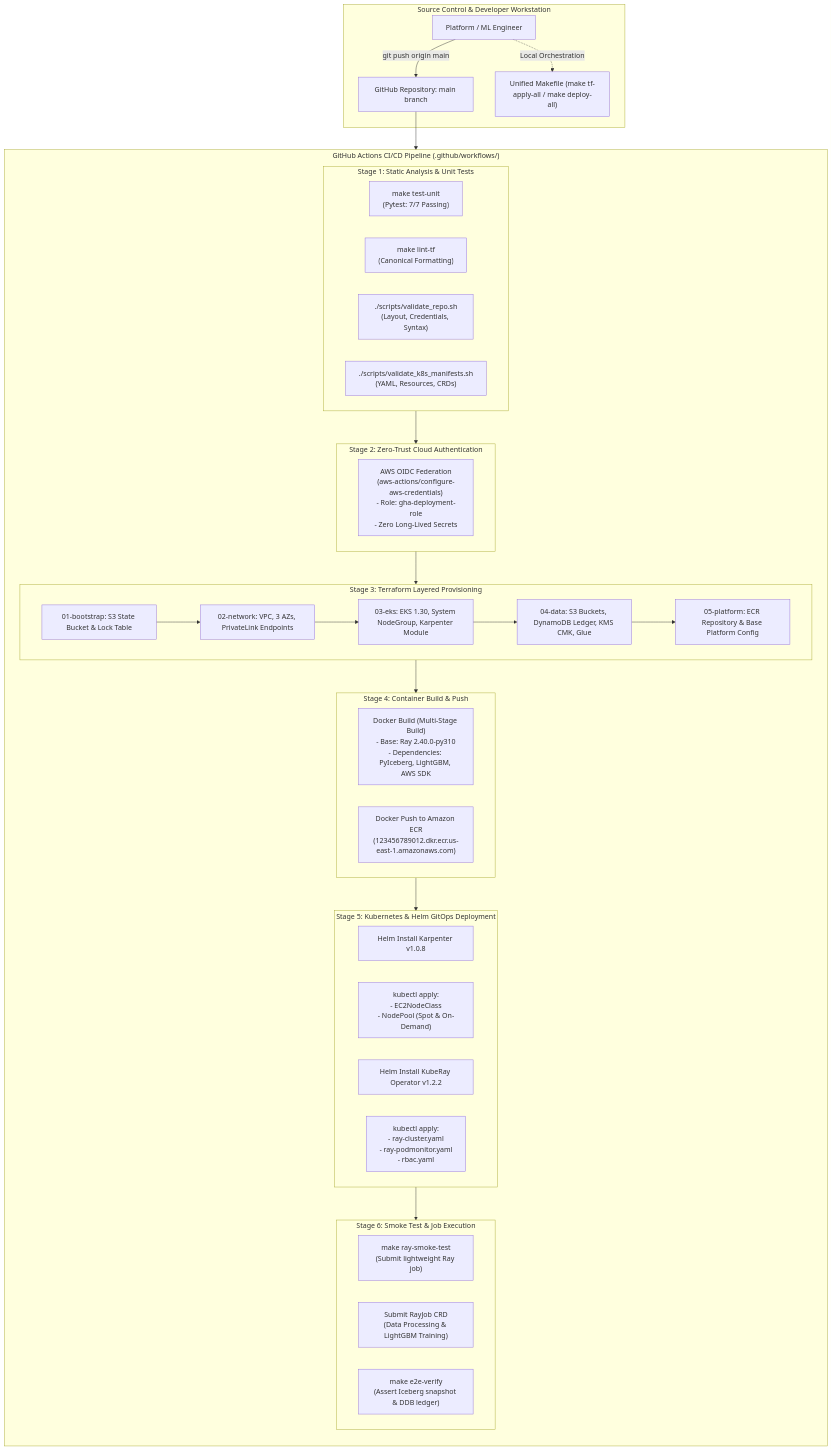
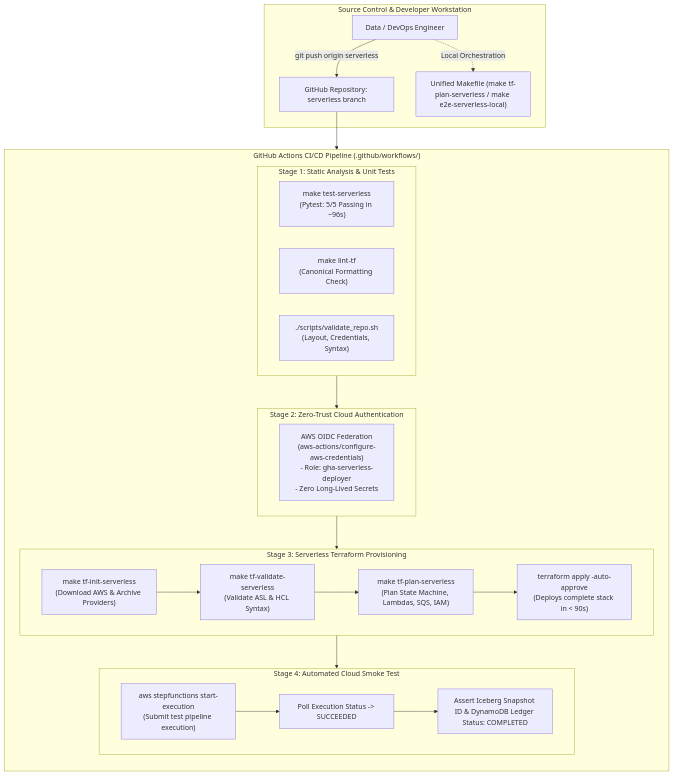
Before and after one commit to jashkv/ray-platform: the diagram in ray-ai-platform/docs/mermaid/10-cicd-deployment.mmd, drawn with Mermaid. The commit also changed 34 other files, not shown here.

Commit message:
docs(serverless): completely align all documentation, diagrams, runbooks, and test configs with the AWS Serverless Platform architecture

```diff
--- a/ray-ai-platform/docs/mermaid/10-cicd-deployment.mmd
+++ b/ray-ai-platform/docs/mermaid/10-cicd-deployment.mmd
@@ -1,59 +1,43 @@
 flowchart TD
-    %% CI/CD, GitOps & Infrastructure Lifecycle
-    subgraph Source_Control["Source Control & Developer Workstation"]
-        DEV["Platform / ML Engineer"]
-        GIT_REPO["GitHub Repository: main branch"]
-        MAKEFILE["Unified Makefile (make tf-apply-all / make deploy-all)"]
+    %% Serverless CI/CD Pipeline & GitOps Deployment Lifecycle
+    subgraph SourceControl["Source Control & Developer Workstation"]
+        DEV["Data / DevOps Engineer"]
+        GIT_REPO["GitHub Repository: serverless branch"]
+        MAKEFILE["Unified Makefile (make tf-plan-serverless / make e2e-serverless-local)"]
     end
 
     subgraph GHA_Workflow["GitHub Actions CI/CD Pipeline (.github/workflows/)"]
         direction TB
 
         subgraph Stage_Lint["Stage 1: Static Analysis & Unit Tests"]
-            TEST_UNIT["make test-unit\n(Pytest: 7/7 Passing)"]
-            TF_LINT["make lint-tf\n(Canonical Formatting)"]
+            TEST_UNIT["make test-serverless\n(Pytest: 5/5 Passing in ~96s)"]
+            TF_LINT["make lint-tf\n(Canonical Formatting Check)"]
             REPO_VAL["./scripts/validate_repo.sh\n(Layout, Credentials, Syntax)"]
-            K8S_VAL["./scripts/validate_k8s_manifests.sh\n(YAML, Resources, CRDs)"]
         end
 
         subgraph Stage_Auth["Stage 2: Zero-Trust Cloud Authentication"]
-            GHA_STS["AWS OIDC Federation\n(aws-actions/configure-aws-credentials)\n- Role: gha-deployment-role\n- Zero Long-Lived Secrets"]
+            GHA_STS["AWS OIDC Federation\n(aws-actions/configure-aws-credentials)\n- Role: gha-serverless-deployer\n- Zero Long-Lived Secrets"]
         end
 
-        subgraph Stage_Terraform["Stage 3: Terraform Layered Provisioning"]
-            TF_BOOT["01-bootstrap: S3 State Bucket & Lock Table"]
-            TF_NET["02-network: VPC, 3 AZs, PrivateLink Endpoints"]
-            TF_EKS["03-eks: EKS 1.30, System NodeGroup, Karpenter Module"]
-            TF_DATA["04-data: S3 Buckets, DynamoDB Ledger, KMS CMK, Glue"]
-            TF_PLAT["05-platform: ECR Repository & Base Platform Config"]
-            TF_BOOT --> TF_NET --> TF_EKS --> TF_DATA --> TF_PLAT
+        subgraph Stage_Terraform["Stage 3: Serverless Terraform Provisioning"]
+            TF_INIT["make tf-init-serverless\n(Download AWS & Archive Providers)"]
+            TF_VAL["make tf-validate-serverless\n(Validate ASL & HCL Syntax)"]
+            TF_PLAN["make tf-plan-serverless\n(Plan State Machine, Lambdas, SQS, IAM)"]
+            TF_APPLY["terraform apply -auto-approve\n(Deploys complete stack in < 90s)"]
+            TF_INIT --> TF_VAL --> TF_PLAN --> TF_APPLY
         end
 
-        subgraph Stage_Docker["Stage 4: Container Build & Push"]
-            DOCKER_BUILD["Docker Build (Multi-Stage Build)\n- Base: Ray 2.40.0-py310\n- Dependencies: PyIceberg, LightGBM, AWS SDK"]
-            ECR_PUSH["Docker Push to Amazon ECR\n(123456789012.dkr.ecr.us-east-1.amazonaws.com)"]
-        end
-
-        subgraph Stage_K8s["Stage 5: Kubernetes & Helm GitOps Deployment"]
-            HELM_KARP["Helm Install Karpenter v1.0.8"]
-            APPLY_CRDS["kubectl apply:\n- EC2NodeClass\n- NodePool (Spot & On-Demand)"]
-            HELM_KUBERAY["Helm Install KubeRay Operator v1.2.2"]
-            APPLY_RAYCLUSTER["kubectl apply:\n- ray-cluster.yaml\n- ray-podmonitor.yaml\n- rbac.yaml"]
-        end
-
-        subgraph Stage_Verification["Stage 6: Smoke Test & Job Execution"]
-            SMOKE_TEST["make ray-smoke-test\n(Submit lightweight Ray job)"]
-            JOB_SUBMIT["Submit RayJob CRD\n(Data Processing & LightGBM Training)"]
-            E2E_VERIFY["make e2e-verify\n(Assert Iceberg snapshot & DDB ledger)"]
+        subgraph Stage_Verification["Stage 4: Automated Cloud Smoke Test"]
+            TRIGGER_SFN["aws stepfunctions start-execution\n(Submit test pipeline execution)"]
+            POLL_EXEC["Poll Execution Status -> SUCCEEDED"]
+            ASSERT_OUTPUTS["Assert Iceberg Snapshot ID & DynamoDB Ledger Status: COMPLETED"]
+            TRIGGER_SFN --> POLL_EXEC --> ASSERT_OUTPUTS
         end
     end
 
-    %% Wiring
-    DEV -->|"git push origin main"| GIT_REPO
+    DEV -->|"git push origin serverless"| GIT_REPO
     DEV -.->|"Local Orchestration"| MAKEFILE
     GIT_REPO --> Stage_Lint
     Stage_Lint --> Stage_Auth
     Stage_Auth --> Stage_Terraform
-    Stage_Terraform --> Stage_Docker
-    Stage_Docker --> Stage_K8s
-    Stage_K8s --> Stage_Verification
+    Stage_Terraform --> Stage_Verification
```
